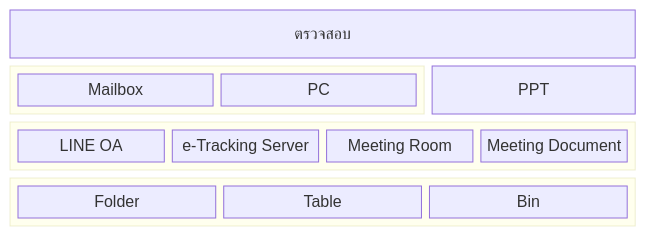
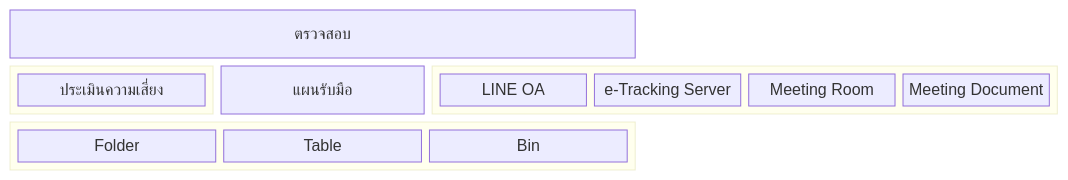
The second of 10 diagrams in README.md (Kietpawpan/pdpa), drawn with Mermaid before and after one commit.

````diff
--- a/README.md
+++ b/README.md
@@ -25,17 +25,16 @@
 ```mermaid
 block-beta
   columns 3
   Z["ตรวจสอบ"]:3
-  block:group1:2
-    columns 2
-    Mailbox PC
+  block:group1:1
+    ประเมินความเสี่ยง
   end
-  PPT
+  แผนรับมือ
   block:group2:3
     %% columns auto (default)
     A["LINE OA"] B["e-Tracking Server"] C["Meeting Room"] D["Meeting Document"]
 end
   block:group3:3
   	Folder Table Bin
 end
 ```
````
